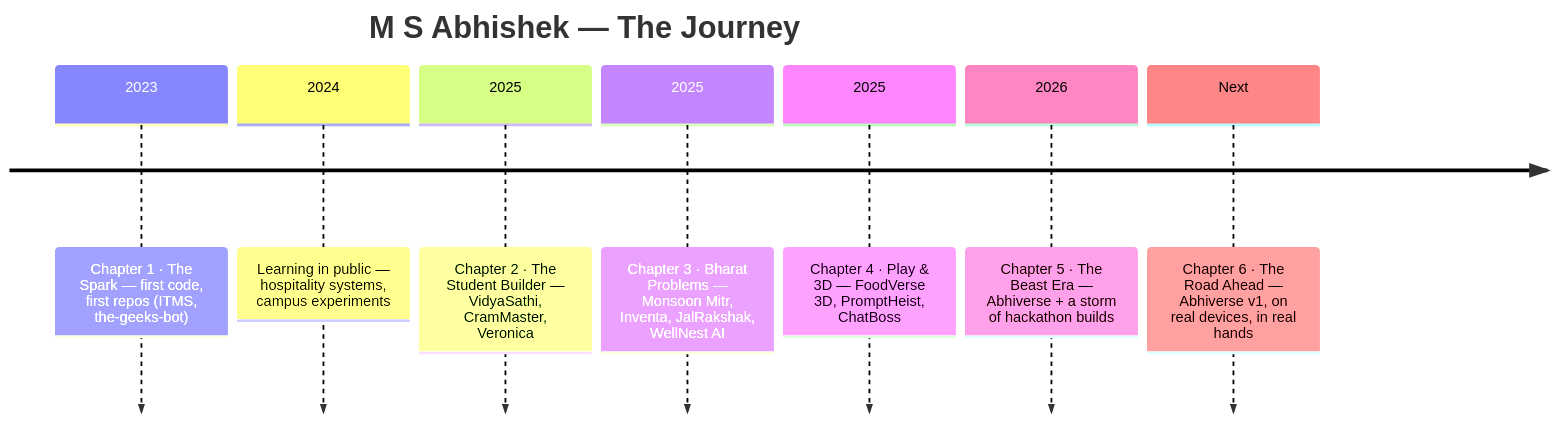
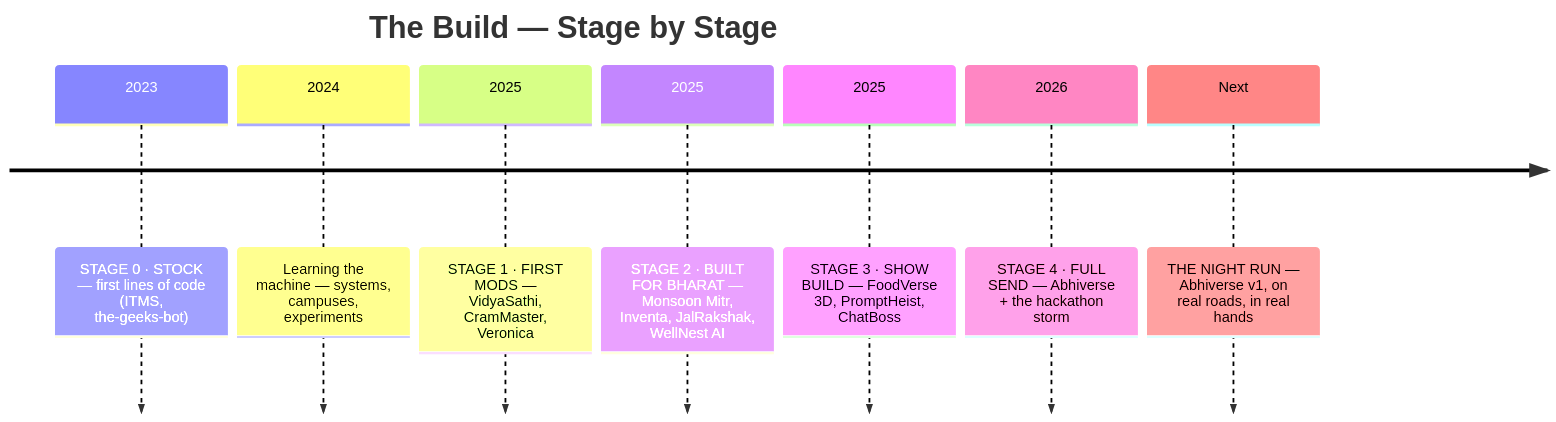
The diagram in README.md (MSAbhishek22/MSAbhishek22), drawn with Mermaid before and after one commit. The commit also changed other lines of this file, not shown here.

Commit message:
THE BUILD: car-guy edition — BMW touge banner, M-gradient, build-log chapters

````diff
--- a/README.md
+++ b/README.md
@@ -31,11 +36,11 @@
 ```mermaid
 timeline
-    title M S Abhishek — The Journey
-    2023 : Chapter 1 · The Spark — first code, first repos (ITMS, the-geeks-bot)
-    2024 : Learning in public — hospitality systems, campus experiments
-    2025 : Chapter 2 · The Student Builder — VidyaSathi, CramMaster, Veronica
-    2025 : Chapter 3 · Bharat Problems — Monsoon Mitr, Inventa, JalRakshak, WellNest AI
-    2025 : Chapter 4 · Play & 3D — FoodVerse 3D, PromptHeist, ChatBoss
-    2026 : Chapter 5 · The Beast Era — Abhiverse + a storm of hackathon builds
-    Next : Chapter 6 · The Road Ahead — Abhiverse v1, on real devices, in real hands
+    title The Build — Stage by Stage
+    2023 : STAGE 0 · STOCK — first lines of code (ITMS, the-geeks-bot)
+    2024 : Learning the machine — systems, campuses, experiments
+    2025 : STAGE 1 · FIRST MODS — VidyaSathi, CramMaster, Veronica
+    2025 : STAGE 2 · BUILT FOR BHARAT — Monsoon Mitr, Inventa, JalRakshak, WellNest AI
+    2025 : STAGE 3 · SHOW BUILD — FoodVerse 3D, PromptHeist, ChatBoss
+    2026 : STAGE 4 · FULL SEND — Abhiverse + the hackathon storm
+    Next : THE NIGHT RUN — Abhiverse v1, on real roads, in real hands
 ```
````
